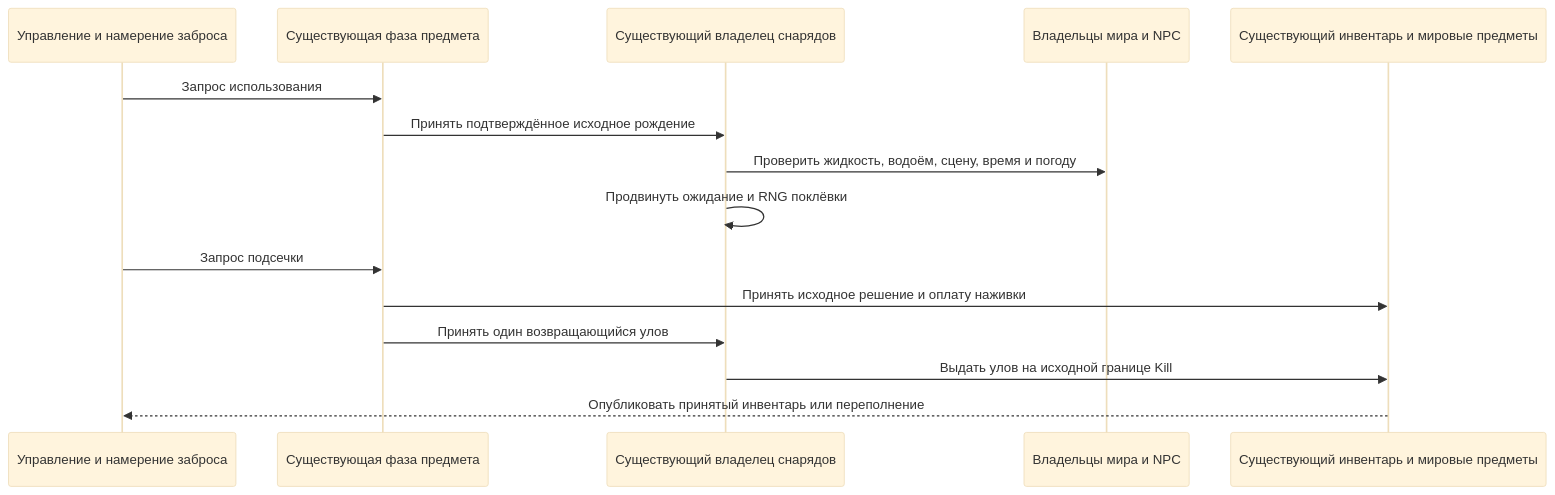
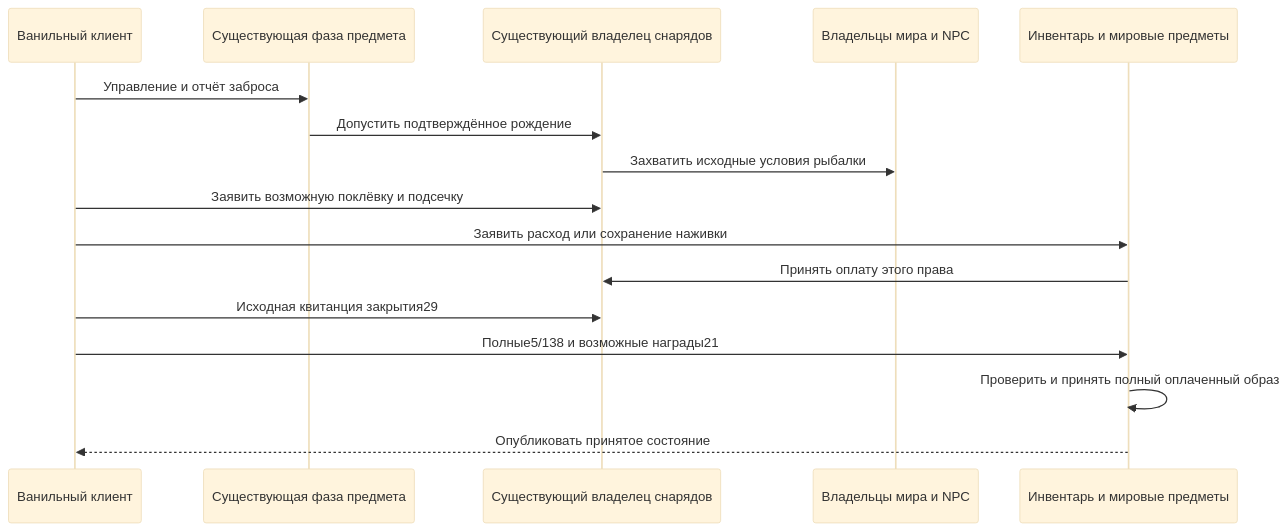
Before and after one commit to VegaKernel/TerraRuntime: the diagram in docs/ru/fishing-authority-1458.md, drawn with Mermaid (base theme). The commit also changed other lines of this file and 51 other files, not shown here.

````diff
--- a/docs/ru/fishing-authority-1458.md
+++ b/docs/ru/fishing-authority-1458.md
@@ -7,17 +13,18 @@
 ```mermaid
 sequenceDiagram
-    participant Input as Управление и намерение заброса
+    participant Client as Ванильный клиент
     participant Player as Существующая фаза предмета
-    participant Bobber as Существующий владелец снарядов
+    participant Projectile as Существующий владелец снарядов
     participant World as Владельцы мира и NPC
-    participant Stock as Существующий инвентарь и мировые предметы
-    Input->>Player: Запрос использования
-    Player->>Bobber: Принять подтверждённое исходное рождение
-    Bobber->>World: Проверить жидкость, водоём, сцену, время и погоду
-    Bobber->>Bobber: Продвинуть ожидание и RNG поклёвки
-    Input->>Player: Запрос подсечки
-    Player->>Stock: Принять исходное решение и оплату наживки
-    Player->>Bobber: Принять один возвращающийся улов
-    Bobber->>Stock: Выдать улов на исходной границе Kill
-    Stock-->>Input: Опубликовать принятый инвентарь или переполнение
+    participant Inventory as Инвентарь и мировые предметы
+    Client->>Player: Управление и отчёт заброса
+    Player->>Projectile: Допустить подтверждённое рождение
+    Projectile->>World: Захватить исходные условия рыбалки
+    Client->>Projectile: Заявить возможную поклёвку и подсечку
+    Client->>Inventory: Заявить расход или сохранение наживки
+    Inventory->>Projectile: Принять оплату этого права
+    Client->>Projectile: Исходная квитанция закрытия29
+    Client->>Inventory: Полные5/138 и возможные награды21
+    Inventory->>Inventory: Проверить и принять полный оплаченный образ
+    Inventory-->>Client: Опубликовать принятое состояние
 ```
````
